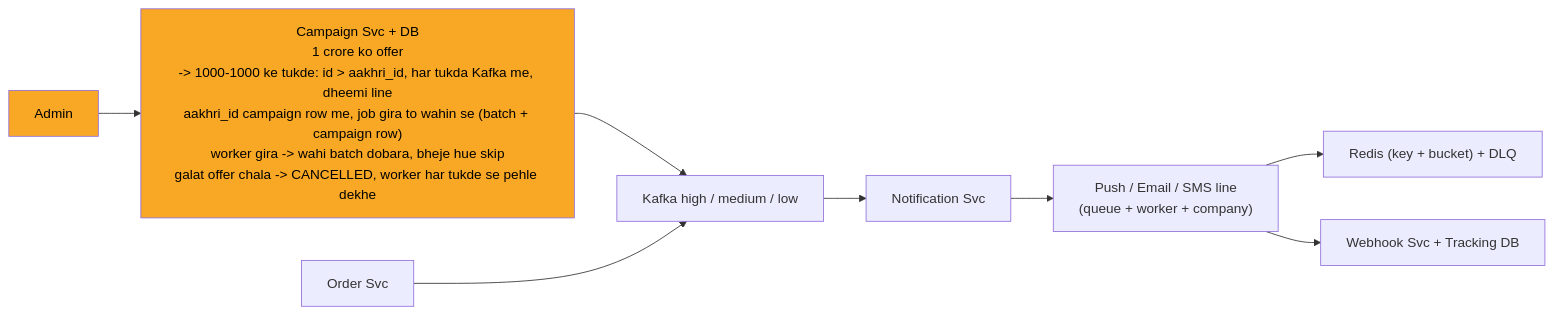
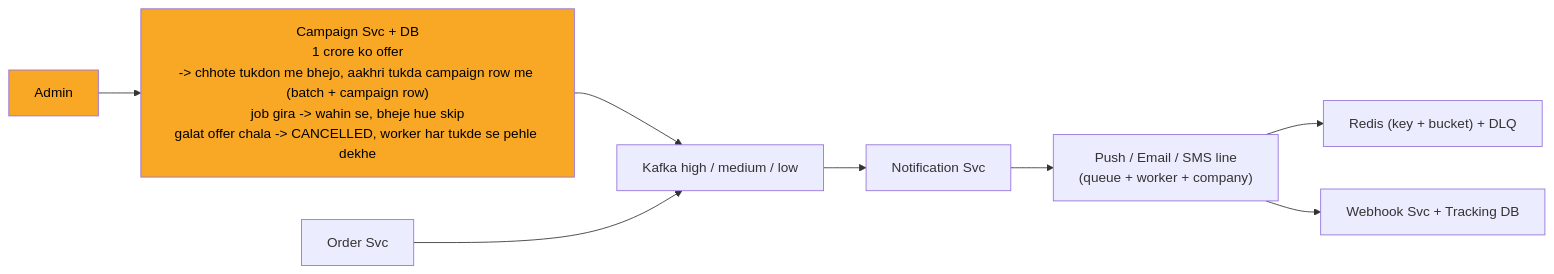
One commit to ArpanMaheshwari144/Prep changed the diagram in 04_HLD/SYSTEM_DESIGNS/04_notification_system/img/c10.mmd. Above: the diagram before and after it, drawn with Mermaid. The commit also changed 47 other files, not shown here.

```diff
--- a/04_HLD/SYSTEM_DESIGNS/04_notification_system/img/c10.mmd
+++ b/04_HLD/SYSTEM_DESIGNS/04_notification_system/img/c10.mmd
@@ -1,19 +1,19 @@
 %%{init: {"flowchart": {"wrappingWidth": 450}}}%%
 flowchart LR
     n_Admin["Admin"]
-    n_CAMP["Campaign Svc + DB<br/>1 crore ko offer<br/>-> 1000-1000 ke tukde: id > aakhri_id, har tukda Kafka me, dheemi line<br/>aakhri_id campaign row me, job gira to wahin se (batch + campaign row)<br/>worker gira -> wahi batch dobara, bheje hue skip<br/>galat offer chala -> CANCELLED, worker har tukde se pehle dekhe"]
+    n_CAMP["Campaign Svc + DB<br/>1 crore ko offer<br/>-> chhote tukdon me bhejo, aakhri tukda campaign row me (batch + campaign row)<br/>job gira -> wahin se, bheje hue skip<br/>galat offer chala -> CANCELLED, worker har tukde se pehle dekhe"]
     n_Order_Svc["Order Svc"]
     n_Kafka["Kafka high / medium / low"]
     n_Notification_Svc["Notification Svc"]
     n_LINES["Push / Email / SMS line<br/>(queue + worker + company)"]
     n_RDLQ["Redis (key + bucket) + DLQ"]
     n_WH["Webhook Svc + Tracking DB"]
     n_Admin --> n_CAMP
     n_CAMP --> n_Kafka
     n_Order_Svc --> n_Kafka
     n_Kafka --> n_Notification_Svc
     n_Notification_Svc --> n_LINES
     n_LINES --> n_RDLQ
     n_LINES --> n_WH
     style n_Admin fill:#f9a825,color:#000
     style n_CAMP fill:#f9a825,color:#000
```
